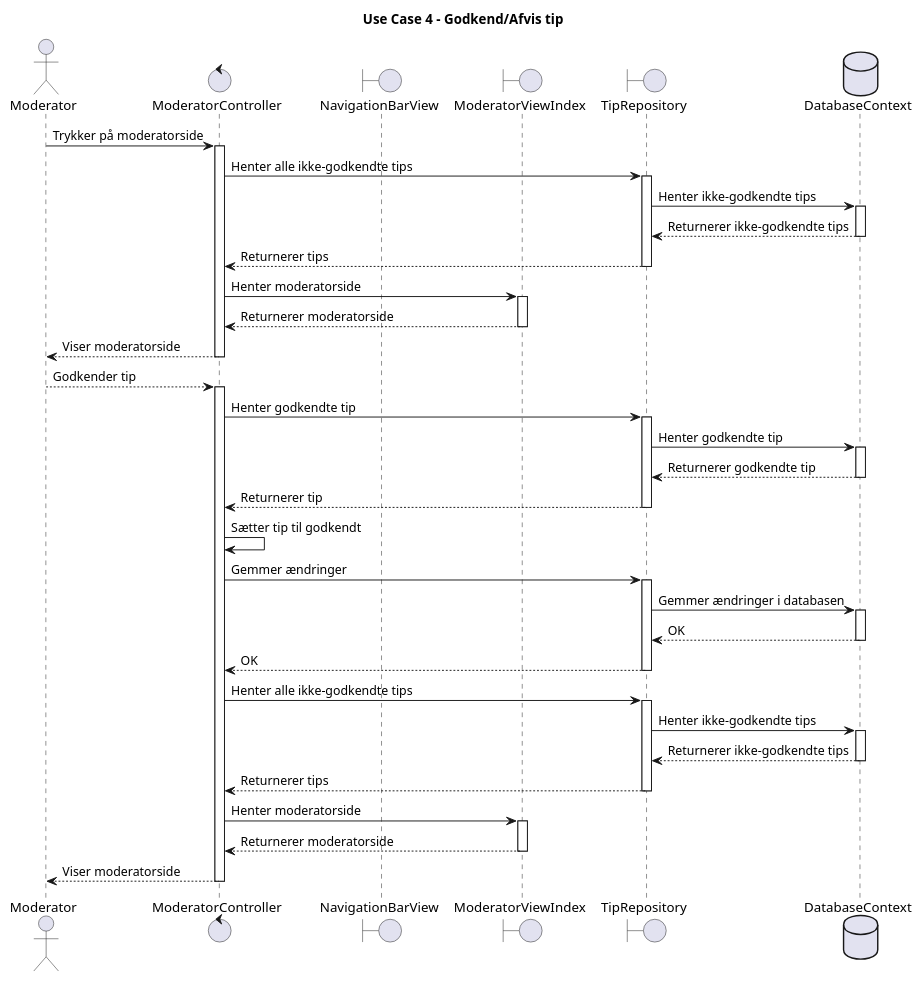
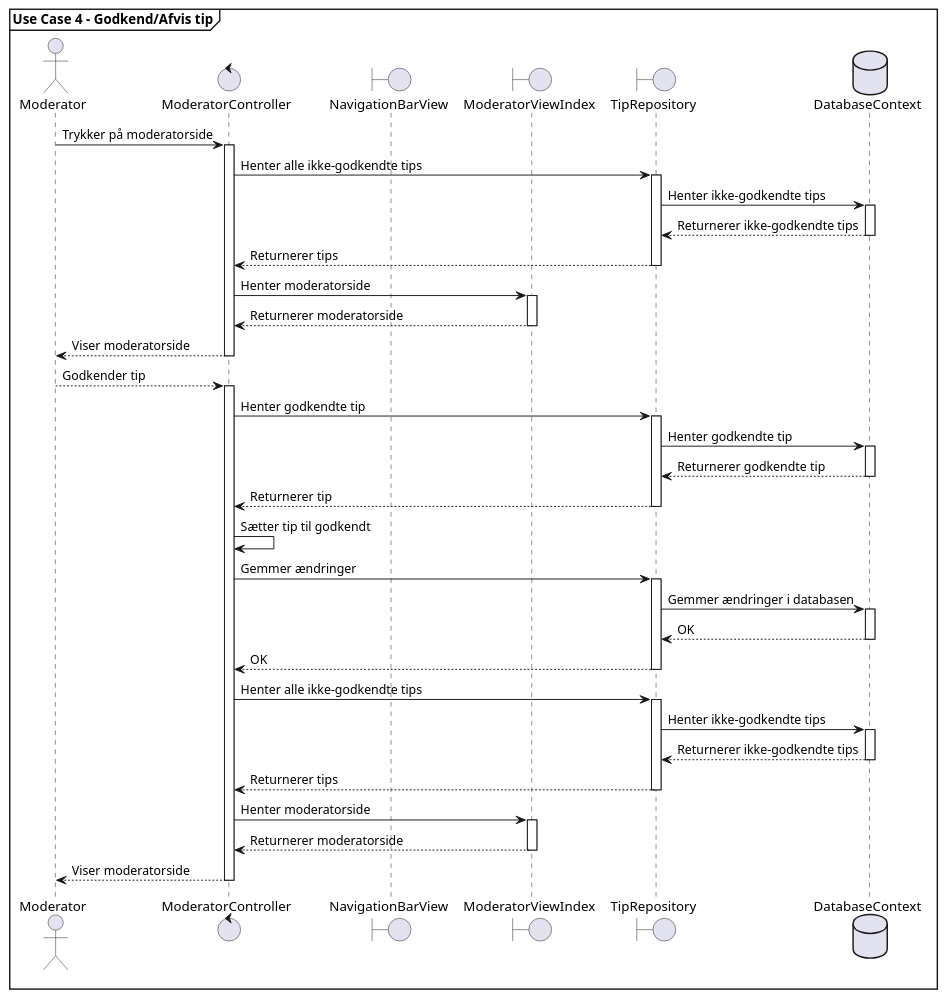
Before and after one commit to I4PRJ4/I4PRJ4-plantuml: the diagram in plantuml/Sequence Diagrams/Arkitektur/UC4.puml, drawn with PlantUML.

```diff
--- a/plantuml/Sequence Diagrams/Arkitektur/UC4.puml
+++ b/plantuml/Sequence Diagrams/Arkitektur/UC4.puml
@@ -1,89 +1,89 @@
 @startuml
 
-title Use Case 4 - Godkend/Afvis tip
+mainframe **Use Case 4 - Godkend/Afvis tip**
 
 actor       Moderator       as mod
 control       ModeratorController       as modcont
 boundary       NavigationBarView       as navbar
 boundary       ModeratorViewIndex       as modindex
 boundary       TipRepository       as tipsrepo
 database       DatabaseContext       as db
 
 mod -> modcont: Trykker på moderatorside
 
 Activate modcont
 modcont -> tipsrepo: Henter alle ikke-godkendte tips
 
 Activate tipsrepo
 tipsrepo -> db: Henter ikke-godkendte tips
 
 Activate db
 db --> tipsrepo: Returnerer ikke-godkendte tips
 Deactivate db
 
 tipsrepo --> modcont: Returnerer tips
 Deactivate tipsrepo
 
 modcont -> modindex: Henter moderatorside
 
 Activate modindex
 modindex --> modcont: Returnerer moderatorside
 Deactivate modindex
 
 modcont --> mod: Viser moderatorside
 Deactivate modcont
 
 
 mod --> modcont: Godkender tip
 
 Activate modcont
 modcont -> tipsrepo: Henter godkendte tip
 
 Activate tipsrepo
 tipsrepo -> db: Henter godkendte tip
 
 Activate db
 db --> tipsrepo: Returnerer godkendte tip
 Deactivate db
 
 tipsrepo --> modcont: Returnerer tip
 Deactivate tipsrepo
 
 modcont -> modcont : Sætter tip til godkendt
 modcont -> tipsrepo: Gemmer ændringer
 
 Activate tipsrepo
 tipsrepo -> db: Gemmer ændringer i databasen
 
 Activate db
 db --> tipsrepo: OK
 Deactivate db
 
 tipsrepo --> modcont: OK
 Deactivate tipsrepo
 
 modcont -> tipsrepo: Henter alle ikke-godkendte tips
 
 Activate tipsrepo
 tipsrepo -> db: Henter ikke-godkendte tips
 
 Activate db
 db --> tipsrepo: Returnerer ikke-godkendte tips
 Deactivate db
 
 tipsrepo --> modcont: Returnerer tips
 Deactivate tipsrepo
 
 modcont -> modindex: Henter moderatorside
 
 Activate modindex
 modindex --> modcont: Returnerer moderatorside
 Deactivate modindex
 
 modcont --> mod: Viser moderatorside
 Deactivate modcont
 
 
 
 
 @enduml
```
